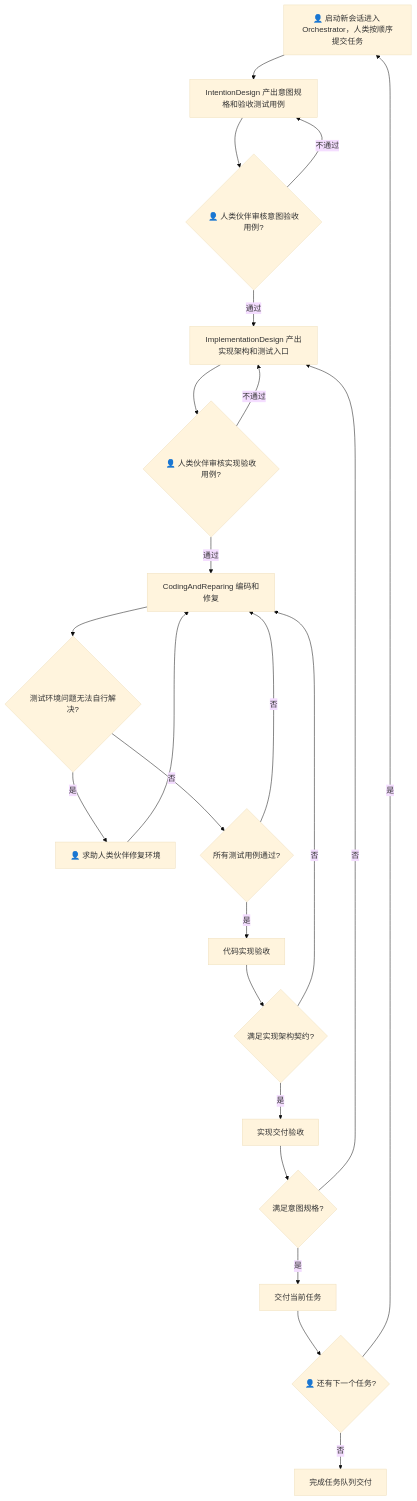
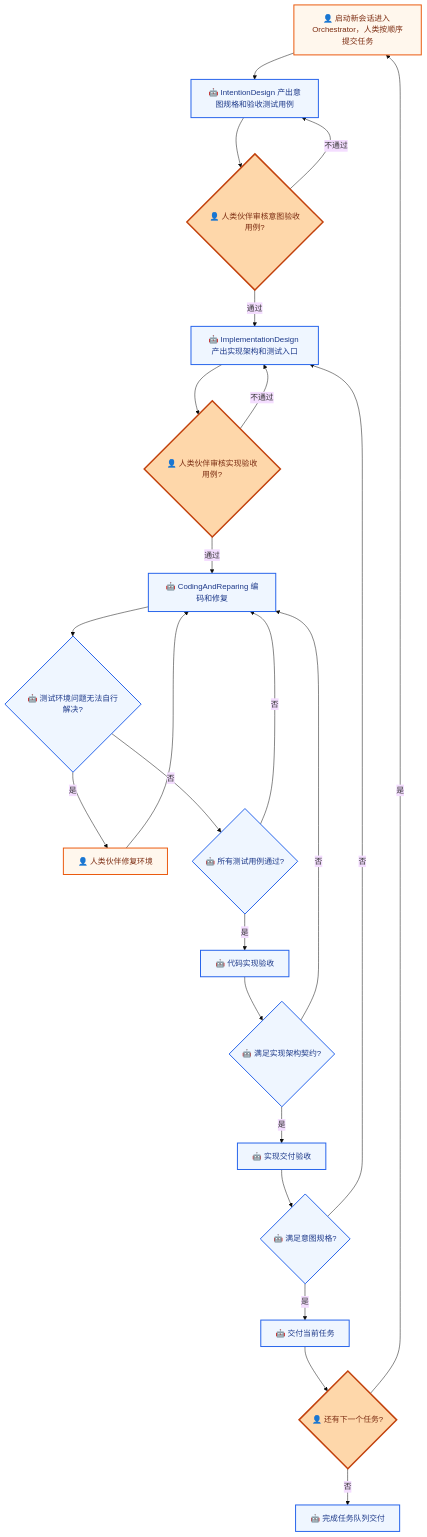
One commit to derekhu0002/Argo changed the second of 5 diagrams in README.md. Above: the diagram before and after it, drawn with Mermaid (base theme). The commit also changed other lines of this file, not shown here.

````diff
--- a/README.md
+++ b/README.md
@@ -74,25 +81,31 @@
 ```mermaid
 flowchart TD
-    A[👤 启动新会话进入 Orchestrator，人类按顺序提交任务] --> G[IntentionDesign 产出意图规格和验收测试用例]
+    A[👤 启动新会话进入 Orchestrator，人类按顺序提交任务] --> G[🤖 IntentionDesign 产出意图规格和验收测试用例]
     G --> H{👤 人类伙伴审核意图验收用例?}
     H -- 不通过 --> G
-    H -- 通过 --> I[ImplementationDesign 产出实现架构和测试入口]
+    H -- 通过 --> I[🤖 ImplementationDesign 产出实现架构和测试入口]
     I --> J{👤 人类伙伴审核实现验收用例?}
     J -- 不通过 --> I
-    J -- 通过 --> K[CodingAndReparing 编码和修复]
-    K --> L{测试环境问题无法自行解决?}
-    L -- 是 --> M[👤 求助人类伙伴修复环境]
+    J -- 通过 --> K[🤖 CodingAndReparing 编码和修复]
+    K --> L{🤖 测试环境问题无法自行解决?}
+    L -- 是 --> M[👤 人类伙伴修复环境]
     M --> K
-    L -- 否 --> N{所有测试用例通过?}
+    L -- 否 --> N{🤖 所有测试用例通过?}
     N -- 否 --> K
-    N -- 是 --> O[代码实现验收]
-    O --> P{满足实现架构契约?}
+    N -- 是 --> O[🤖 代码实现验收]
+    O --> P{🤖 满足实现架构契约?}
     P -- 否 --> K
-    P -- 是 --> Q[实现交付验收]
-    Q --> R{满足意图规格?}
+    P -- 是 --> Q[🤖 实现交付验收]
+    Q --> R{🤖 满足意图规格?}
     R -- 否 --> I
-    R -- 是 --> S[交付当前任务]
+    R -- 是 --> S[🤖 交付当前任务]
     S --> T{👤 还有下一个任务?}
     T -- 是 --> A
-    T -- 否 --> U[完成任务队列交付]
+    T -- 否 --> U[🤖 完成任务队列交付]
+    classDef human fill:#fff7ed,stroke:#ea580c,color:#7c2d12,stroke-width:2px
+    classDef humanDecision fill:#fed7aa,stroke:#c2410c,color:#7c2d12,stroke-width:3px
+    classDef ai fill:#eff6ff,stroke:#2563eb,color:#1e3a8a,stroke-width:2px
+    class A,M human
+    class H,J,T humanDecision
+    class G,I,K,L,N,O,P,Q,R,S,U ai
 ```
````
